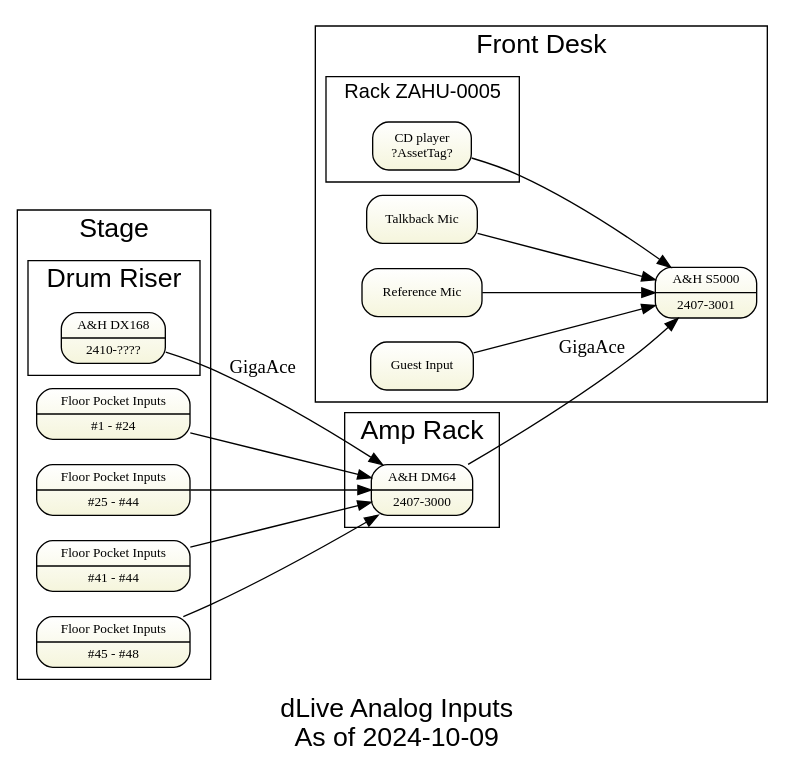
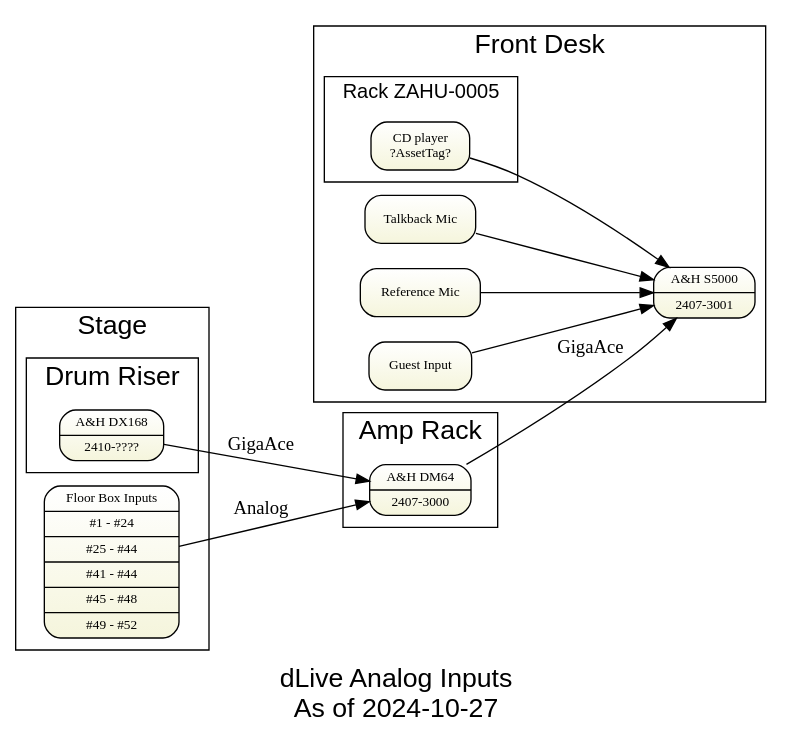
Before and after one commit to avmaint/uactechdoc: the diagram in gv/sda-inputs-dlive-analog.gv, drawn with Graphviz. The commit also changed 1 other file, not shown here.

Commit message:
updated diagrams

```diff
--- a/gv/sda-inputs-dlive-analog.gv
+++ b/gv/sda-inputs-dlive-analog.gv
@@ -1,52 +1,45 @@
 digraph topology1 { 
 graph [overlap = true, fontsize = 20, rankdir=LR 
-      label="dLive Analog Inputs\nAs of 2024-10-09",
+      label="dLive Analog Inputs\nAs of 2024-10-27",
       fontname = Helvetica]
 
 node [shape=Mrecord, tooltip="" , fontsize = 10,
       fillcolor="white:beige" , style=filled  
       gradientangle=270]
 
 subgraph cluster_amprack {
 	label="Amp Rack"
 	 "2407-3000" [label="A&H DM64|2407-3000"]
 }
 
 subgraph cluster_front { 
 	label="Front Desk"
 	subgraph cluster_rack { label="Rack ZAHU-0005" fontsize=15
 	 cd01u    [label="CD player\n?AssetTag? "]
 	}
  
 	"2407-3001" [label="A&H S5000|2407-3001"]
 	talkback [label="Talkback Mic"]
 	refmic [label="Reference Mic"]
     guest [label="Guest Input"]
 }
 
 subgraph cluster_stage {
 	label="Stage"	 
 	subgraph cluster_drums {
 		label="Drum Riser"
 		dx168 [label="A&H DX168|2410-????"]   
 	}
-	pocket0124 [label="Floor Pocket Inputs|#1 - #24"]
-	pocket2540 [label="Floor Pocket Inputs|#25 - #44"]
-	pocket4144 [label="Floor Pocket Inputs|#41 - #44"]
-	pocket4548 [label="Floor Pocket Inputs|#45 - #48"]
+	floorbox [label="Floor Box Inputs|#1 - #24|#25 - #44|#41 - #44 |#45 - #48 |#49 - #52"]
 }
 
 dx168       -> "2407-3000" [label="GigaAce"]
 "2407-3000" -> "2407-3001" [label="GigaAce"]
 
-pocket0124 -> "2407-3000" 
-pocket2540 -> "2407-3000"
-pocket4144 -> "2407-3000"
-pocket4548 -> "2407-3000" 
-
+floorbox -> "2407-3000"  [label="Analog"]
 cd01u -> "2407-3001" 
 
 talkback -> "2407-3001" 
 refmic   -> "2407-3001"
 guest    -> "2407-3001"
 } 
```
